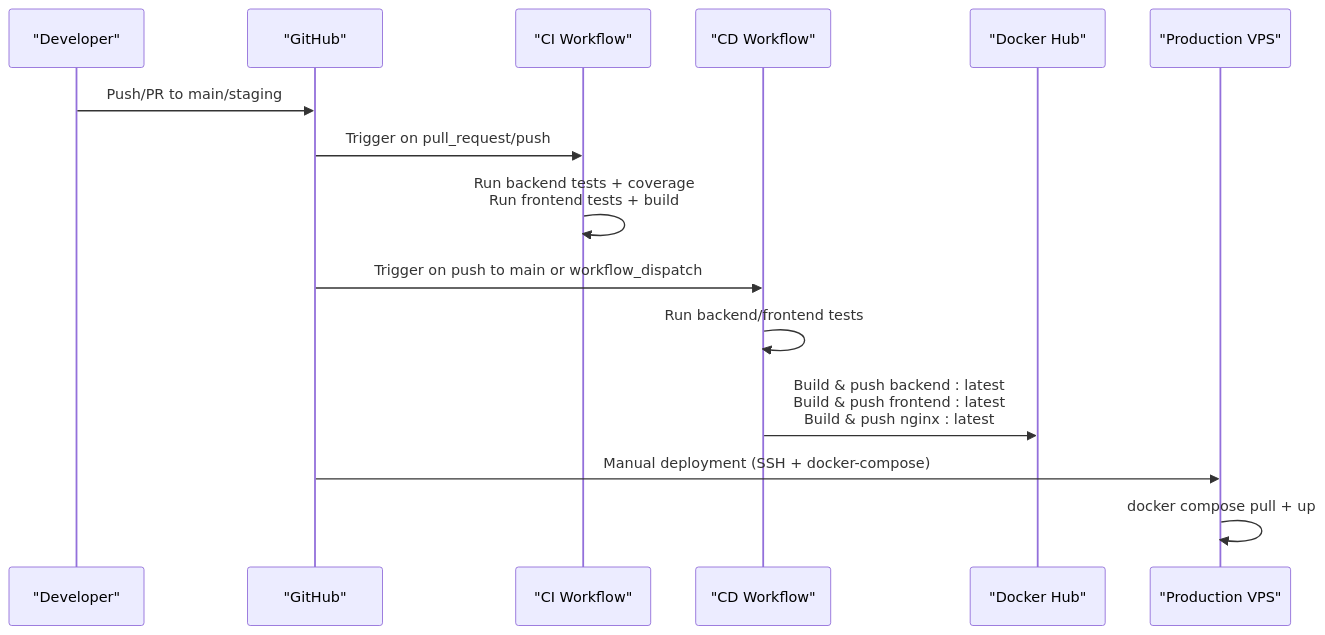
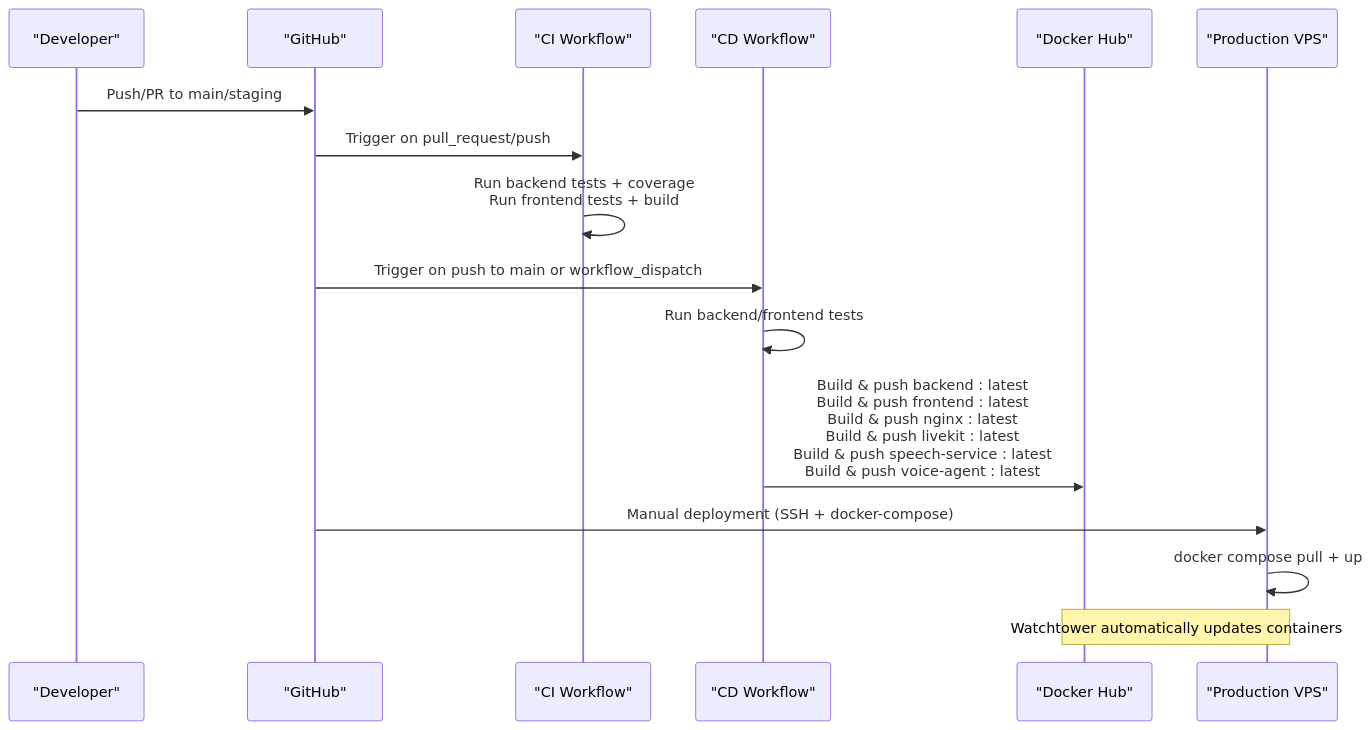
Before and after one commit to Revanththetalogics/aireume: the second of 13 diagrams in .qoder/repowiki/en/content/Deployment & DevOps/CI_CD Pipelines.md, drawn with Mermaid. The commit also changed other lines of this file and 39 other files, not shown here.

````diff
--- a/.qoder/repowiki/en/content/Deployment & DevOps/CI_CD Pipelines.md
+++ b/.qoder/repowiki/en/content/Deployment & DevOps/CI_CD Pipelines.md
@@ -124,17 +153,18 @@
 ```mermaid
 sequenceDiagram
 participant Dev as "Developer"
 participant GH as "GitHub"
 participant CI as "CI Workflow"
 participant CD as "CD Workflow"
 participant DH as "Docker Hub"
 participant VPS as "Production VPS"
 Dev->>GH : Push/PR to main/staging
 GH->>CI : Trigger on pull_request/push
 CI->>CI : Run backend tests + coverage<br/>Run frontend tests + build
 GH->>CD : Trigger on push to main or workflow_dispatch
 CD->>CD : Run backend/frontend tests
-CD->>DH : Build & push backend : latest<br/>Build & push frontend : latest<br/>Build & push nginx : latest
+CD->>DH : Build & push backend : latest<br/>Build & push frontend : latest<br/>Build & push nginx : latest<br/>Build & push livekit : latest<br/>Build & push speech-service : latest<br/>Build & push voice-agent : latest
 GH->>VPS : Manual deployment (SSH + docker-compose)
 VPS->>VPS : docker compose pull + up
+Note over VPS,DH : Watchtower automatically updates containers
 ```
````
